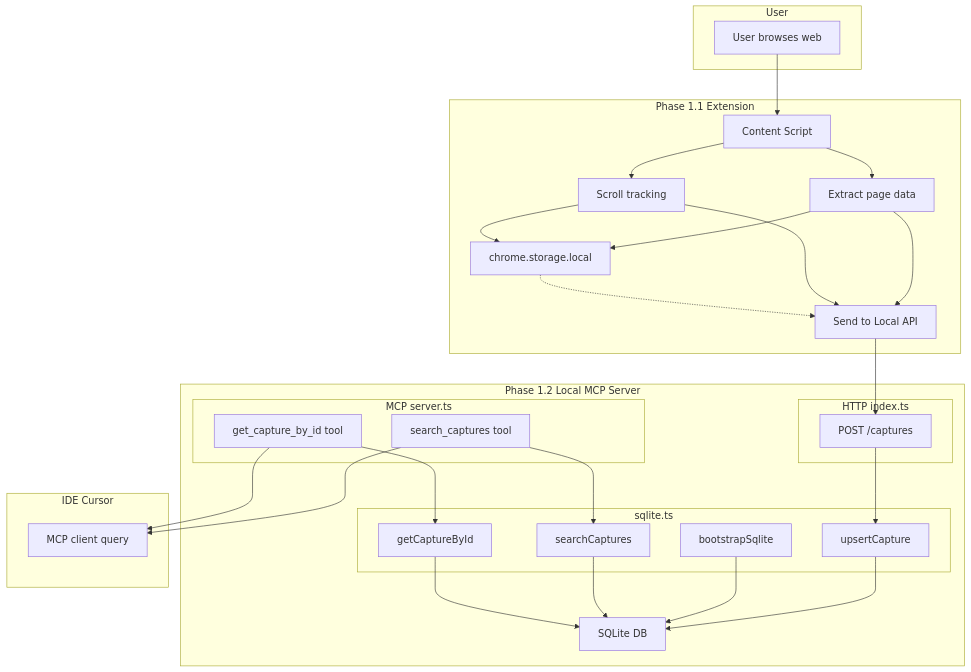
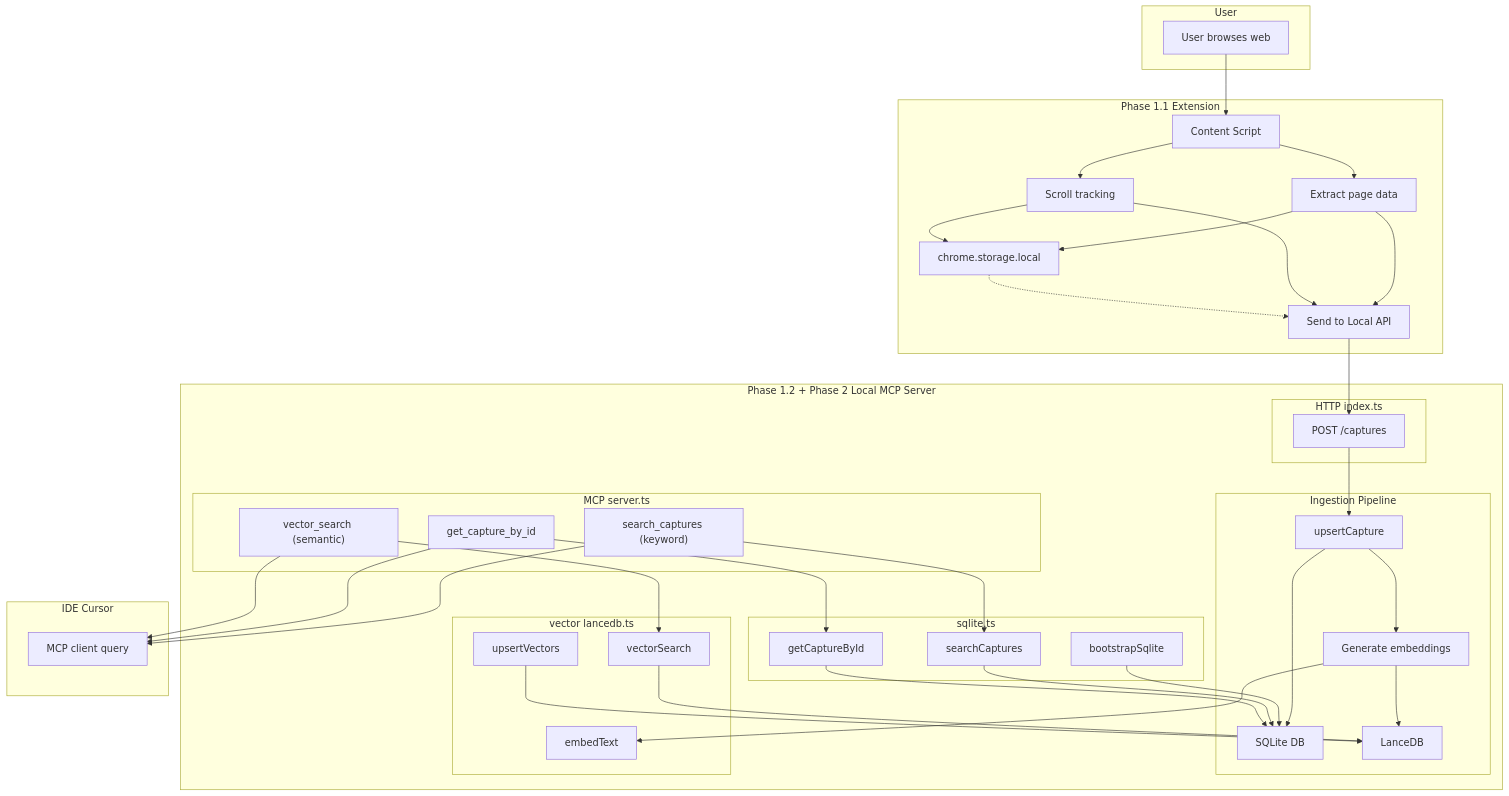
Before and after one commit to kyhsdjq/surfrag: the diagram in README.md, drawn with Mermaid. The commit also changed 9 other files, not shown here.

Commit message:
feat: Phase 2.3 completed (vector search)

````diff
--- a/README.md
+++ b/README.md
@@ -7,54 +7,69 @@
 ```mermaid
 flowchart TB
     subgraph "User"
-        A[""User browses web""]
+        A["User browses web"]
     end
 
     subgraph "Phase 1.1 Extension"
-        B[""Content Script""]
-        C[""Extract page data""]
-        D[""Scroll tracking""]
-        E[""chrome.storage.local""]
-        F[""Send to Local API""]
+        B["Content Script"]
+        C["Extract page data"]
+        D["Scroll tracking"]
+        E["chrome.storage.local"]
+        F["Send to Local API"]
     end
 
-    subgraph "Phase 1.2 Local MCP Server"
+    subgraph "Phase 1.2 + Phase 2 Local MCP Server"
         subgraph "HTTP index.ts"
-            G[""POST /captures""]
+            G["POST /captures"]
+        end
+        subgraph "Ingestion Pipeline"
+            G --> H2
+            H2 --> K
+            H2 --> EMB["Generate embeddings"]
+            EMB --> VDB["LanceDB"]
         end
         subgraph "sqlite.ts"
-            H1[""bootstrapSqlite""]
-            H2[""upsertCapture""]
-            H3[""searchCaptures""]
-            H4[""getCaptureById""]
+            H1["bootstrapSqlite"]
+            H2["upsertCapture"]
+            H3["searchCaptures"]
+            H4["getCaptureById"]
+        end
+        subgraph "vector lancedb.ts"
+            V1["embedText"]
+            V2["upsertVectors"]
+            V3["vectorSearch"]
         end
         subgraph "MCP server.ts"
-            I[""search_captures tool""]
-            J[""get_capture_by_id tool""]
+            I["search_captures (keyword)"]
+            J["get_capture_by_id"]
+            NEW["vector_search (semantic)"]
         end
-        K[""SQLite DB""]
+        K["SQLite DB"]
     end
 
     subgraph "IDE Cursor"
-        L[""MCP client query""]
+        L["MCP client query"]
     end
 
     A --> B
     B --> C
     B --> D
     C --> E
     C --> F
     D --> E
     D --> F
     E -.-> F
     F --> G
-    G --> H2
-    H2 --> K
     H1 --> K
     I --> H3
     H3 --> K
     J --> H4
     H4 --> K
+    NEW --> V3
+    V3 --> VDB
+    EMB --> V1
+    V2 --> VDB
     I --> L
     J --> L
+    NEW --> L
 ```
````
